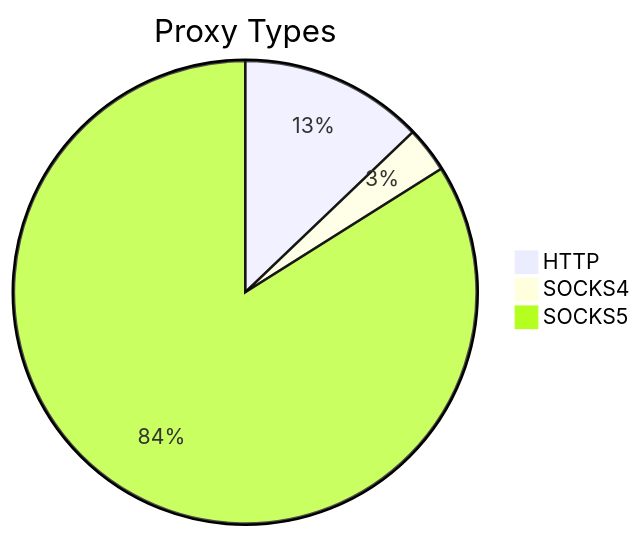
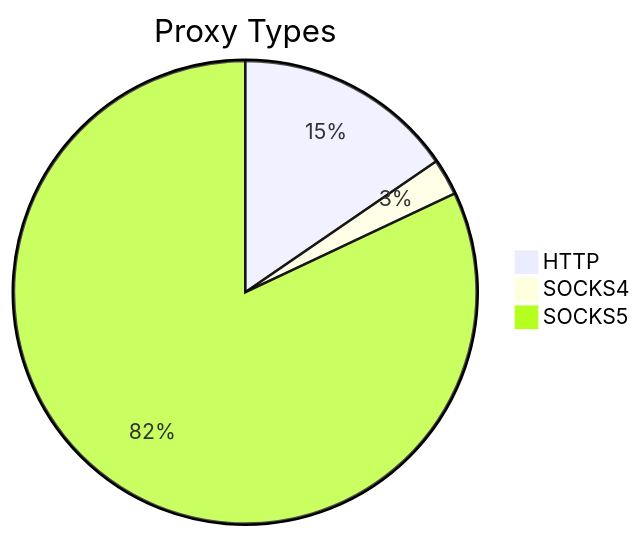
One commit to stormsia/proxy-list changed the first of 2 diagrams in README.md. Above: the diagram before and after it, drawn with Mermaid. The commit also changed other lines of this file, not shown here.

````diff
--- a/README.md
+++ b/README.md
@@ -21,6 +21,6 @@
 ```mermaid
 pie title Proxy Types
-    "HTTP" : 322
-    "SOCKS4" : 80
-    "SOCKS5" : 2102
+    "HTTP" : 217
+    "SOCKS4" : 36
+    "SOCKS5" : 1153
 ```
````
